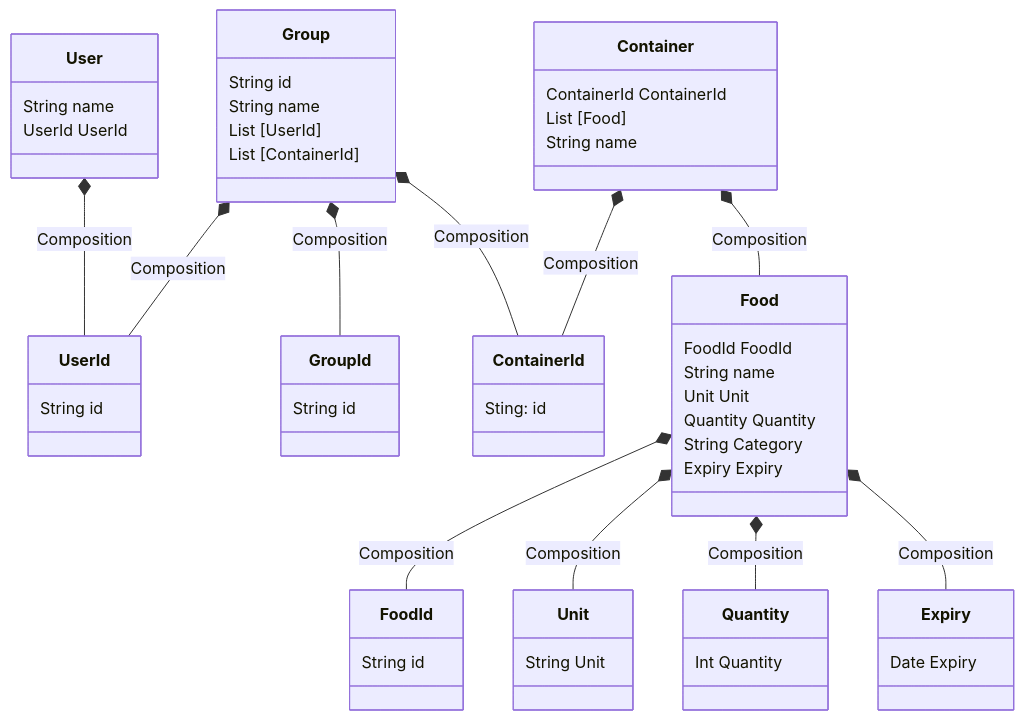
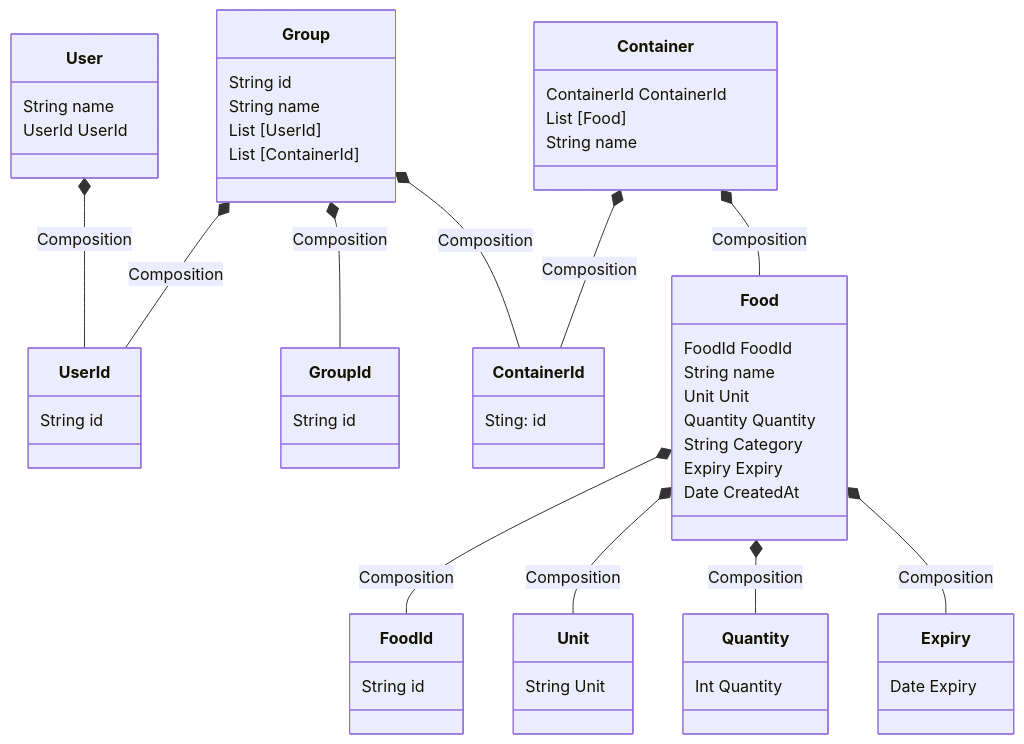
One commit to nishiki-tech/nishiki-documents changed the second of 2 diagrams in project-document/docs/domain-model/domain-model.md. Above: the diagram before and after it, drawn with Mermaid. The commit also changed 2 other files, not shown here.

Commit message:
doc: add createdAt prop to Food Entity

````diff
--- a/project-document/docs/domain-model/domain-model.md
+++ b/project-document/docs/domain-model/domain-model.md
@@ -25,74 +25,75 @@
 ```mermaid
 classDiagram
 
     class UserId {
         String id
     }
 
     class User {
         String name
         UserId UserId
     }
 
 
     class GroupId {
         String id
     }
 
     class Group {
         String id
         String name
         List [UserId]
         List [ContainerId]
     }
 
     class Container {
         ContainerId ContainerId
         List [Food]
         String name
     }
 
     class ContainerId {
         Sting: id
     }
 
     class Food {
         FoodId FoodId
         String name
         Unit Unit
         Quantity Quantity
         String Category
         Expiry Expiry
+        Date CreatedAt
     }
 
     class FoodId {
         String id
     }
 
     class Unit {
         String Unit
     }
 
     class Quantity {
         Int Quantity
     }
 
     class Expiry {
         Date Expiry
     }
 
     User *-- UserId : Composition
 
     Group *-- GroupId : Composition
     Group *-- ContainerId : Composition
     Group *-- UserId : Composition
 
     Container *-- ContainerId : Composition
     Container *-- Food : Composition
 
     Food *-- FoodId : Composition
     Food *-- Unit : Composition
     Food *-- Quantity : Composition
     Food *-- Expiry : Composition
 
 ```
````
